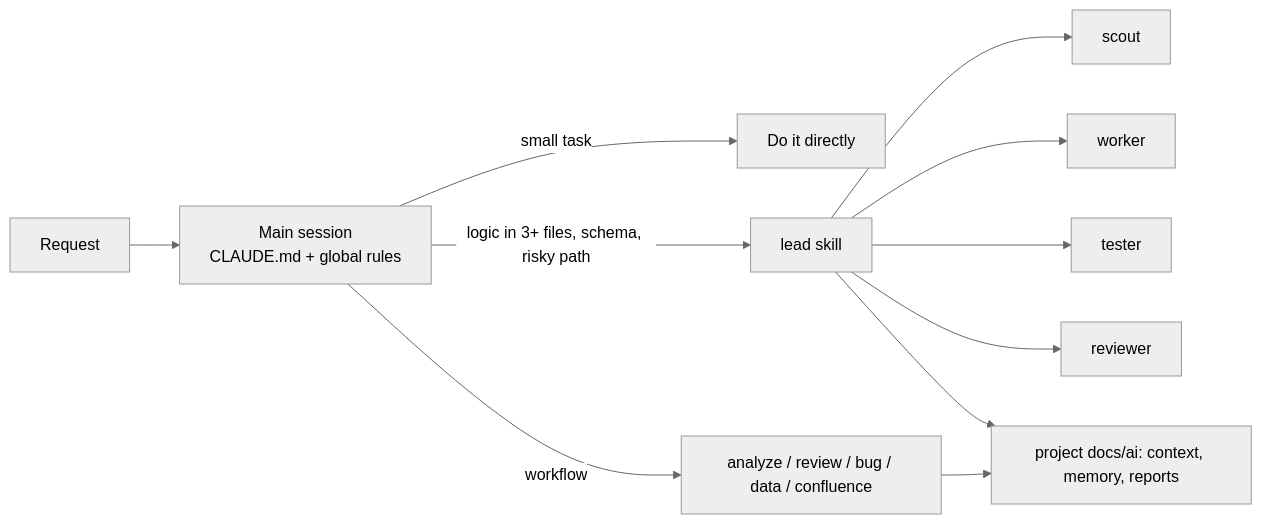
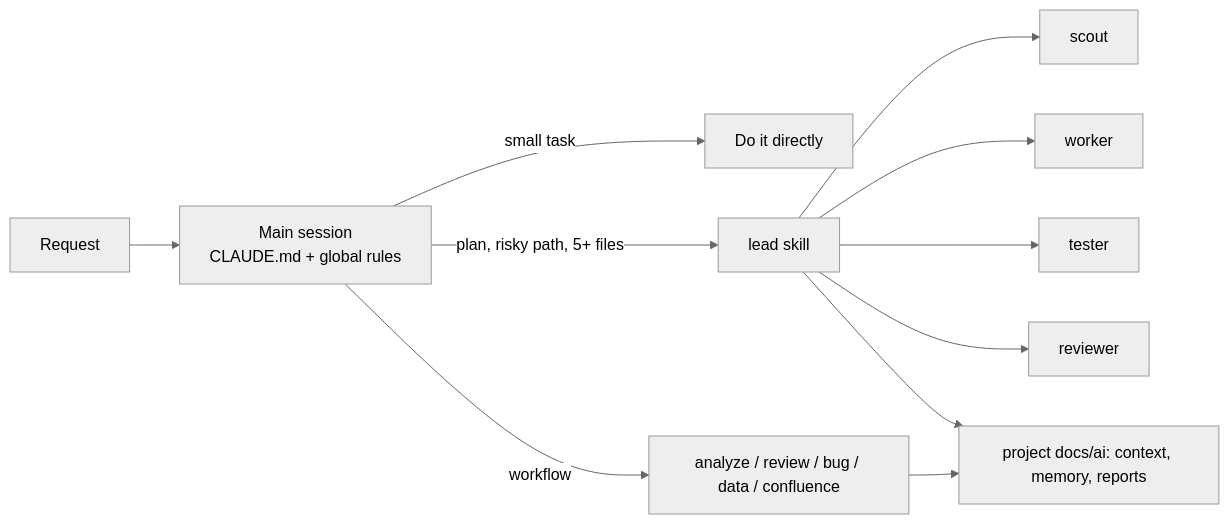
Before and after one commit to GociuRadu/AI-Setup: the diagram in README.md, drawn with Mermaid (neutral theme). The commit also changed 11 other files, not shown here.

````diff
--- a/README.md
+++ b/README.md
@@ -12,9 +12,9 @@
 ```mermaid
 flowchart LR
   U[Request] --> M[Main session<br/>CLAUDE.md + global rules]
   M -->|small task| D[Do it directly]
-  M -->|logic in 3+ files, schema, risky path| L[lead skill]
+  M -->|plan, risky path, 5+ files| L[lead skill]
   M -->|workflow| S[analyze / review / bug / data / confluence]
   L --> SC[scout] & W[worker] & T[tester] & R[reviewer]
   S & L --> P[project docs/ai: context, memory, reports]
 ```
````
